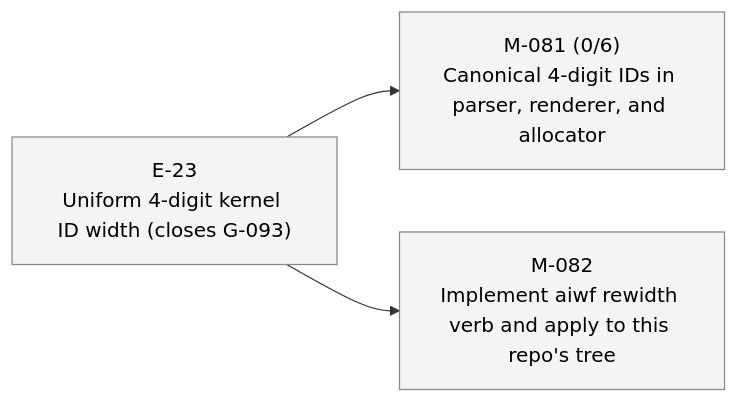
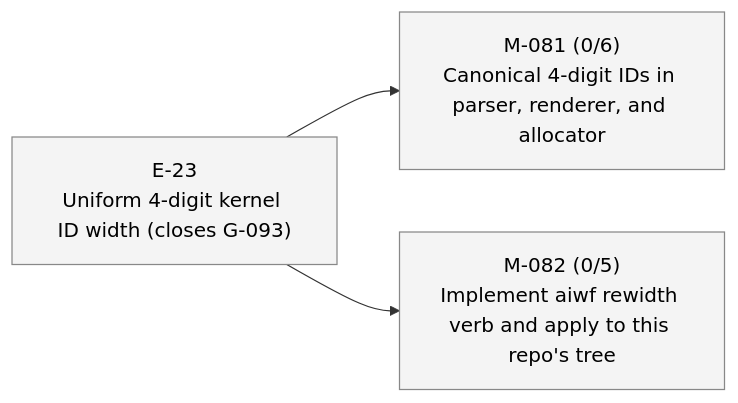
The second of 2 diagrams in STATUS.md (23min/aiwf), drawn with Mermaid before and after one commit. The commit also changed other lines of this file and 1 other file, not shown here.

First line of the commit message:
aiwf add ac M-082 AC-1..AC-5 (5 criteria)

````diff
--- a/STATUS.md
+++ b/STATUS.md
@@ -46,14 +46,14 @@
 ```mermaid
 flowchart LR
   E_23["E-23<br/>Uniform 4-digit kernel ID width (closes G-093)"]:::epic_proposed
   M_081["M-081 (0/6)<br/>Canonical 4-digit IDs in parser, renderer, and allocator"]:::ms_draft
   E_23 --> M_081
-  M_082["M-082<br/>Implement aiwf rewidth verb and apply to this repo's tree"]:::ms_draft
+  M_082["M-082 (0/5)<br/>Implement aiwf rewidth verb and apply to this repo's tree"]:::ms_draft
   E_23 --> M_082
   classDef epic_active fill:#d6eaff,stroke:#1a73e8,color:#000
   classDef epic_proposed fill:#f4f4f4,stroke:#888,color:#000
   classDef ms_done fill:#d8f5d8,stroke:#2a8a2a,color:#000
   classDef ms_in_progress fill:#fff3c4,stroke:#caa400,color:#000
   classDef ms_draft fill:#f4f4f4,stroke:#888,color:#000
   classDef ms_cancelled fill:#fbeaea,stroke:#c33,color:#000
 ```
````
